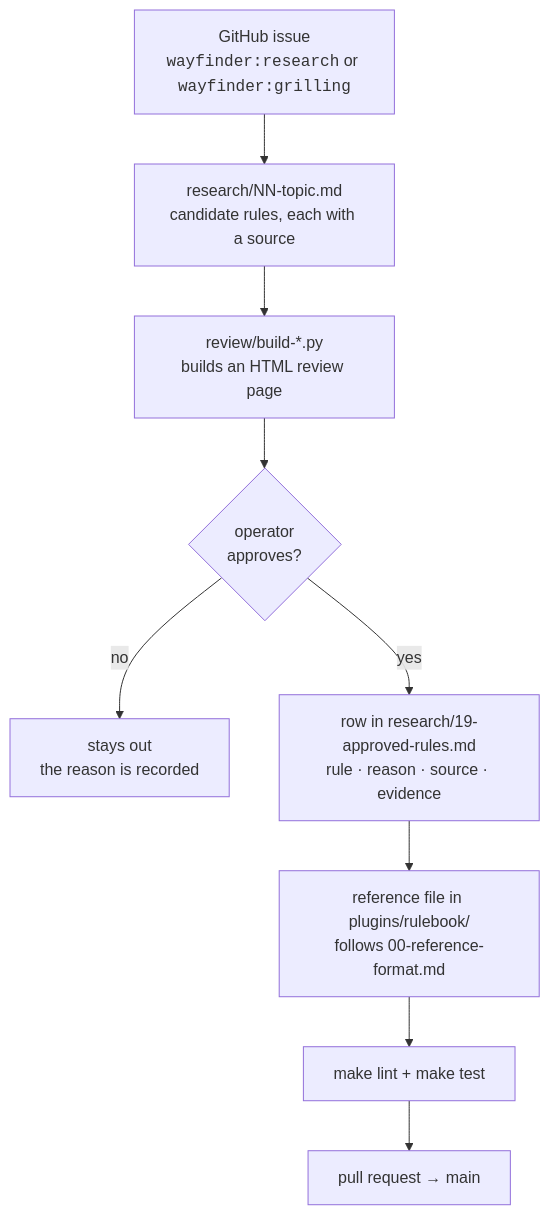
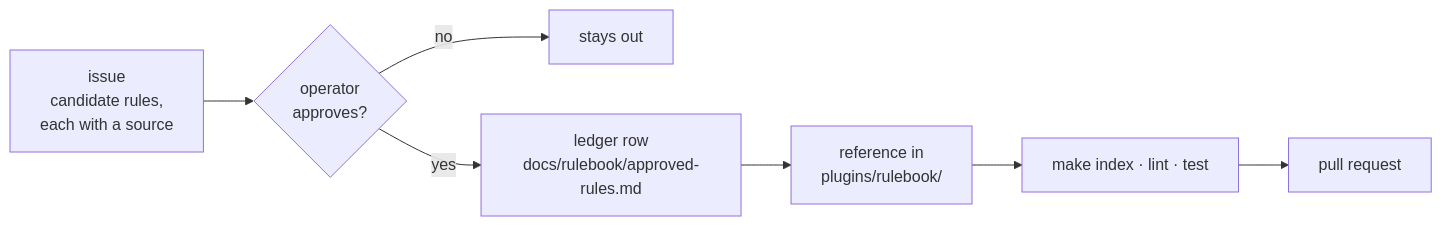
Before and after one commit to chiyanram/skills: the diagram in CONTRIBUTING.md, drawn with Mermaid. The commit also changed other lines of this file and 213 other files, not shown here.

First line of the commit message:
docs(repo): archive design history, add architecture and development docs

````diff
--- a/CONTRIBUTING.md
+++ b/CONTRIBUTING.md
@@ -13,10 +32,8 @@
 ```mermaid
-flowchart TD
-    I["GitHub issue<br/><code>wayfinder:research</code> or <code>wayfinder:grilling</code>"] --> R["research/NN-topic.md<br/>candidate rules, each with a source"]
-    R --> B["review/build-*.py<br/>builds an HTML review page"]
-    B --> Q{"operator<br/>approves?"}
-    Q -->|"no"| X["stays out<br/>the reason is recorded"]
-    Q -->|"yes"| L["row in research/19-approved-rules.md<br/>rule · reason · source · evidence"]
-    L --> F["reference file in plugins/rulebook/<br/>follows 00-reference-format.md"]
-    F --> C["make lint + make test"] --> PR["pull request → main"]
+flowchart LR
+    I["issue<br/>candidate rules,<br/>each with a source"] --> Q{"operator<br/>approves?"}
+    Q -->|"no"| X["stays out"]
+    Q -->|"yes"| L["ledger row<br/>docs/rulebook/approved-rules.md"]
+    L --> F["reference in<br/>plugins/rulebook/"]
+    F --> C["make index · lint · test"] --> PR["pull request"]
 ```
````
